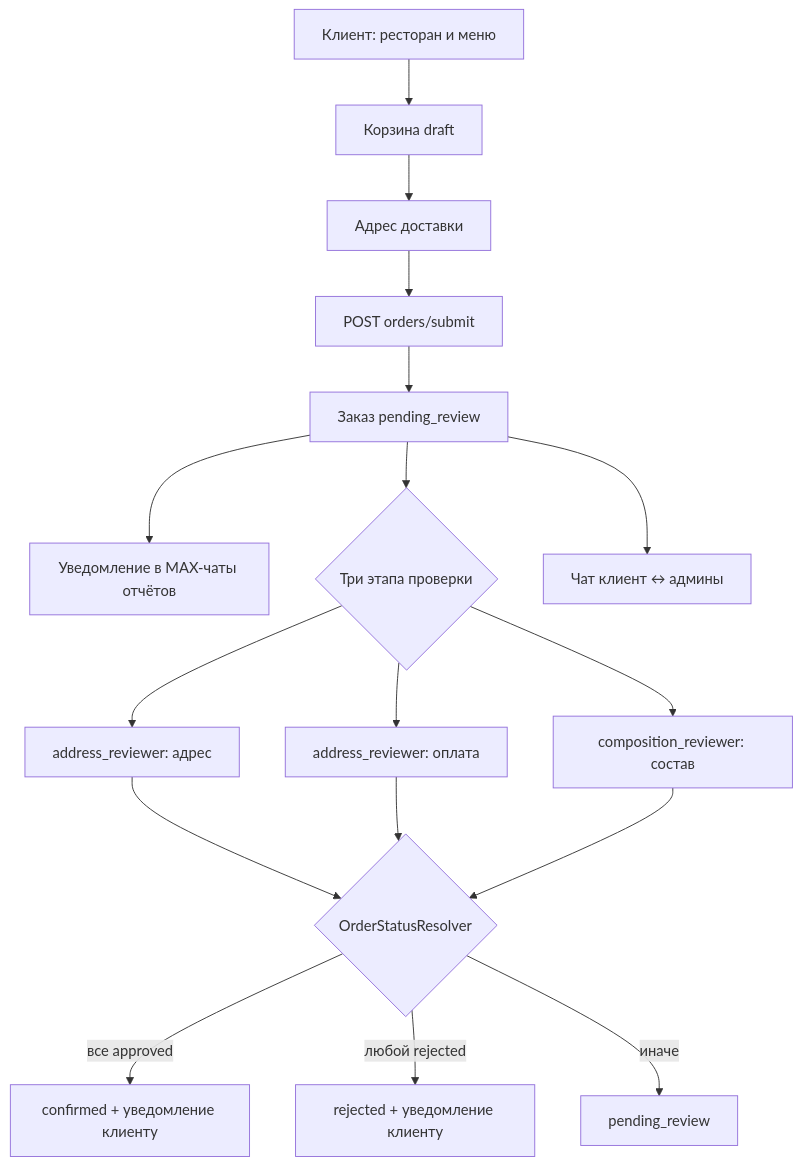
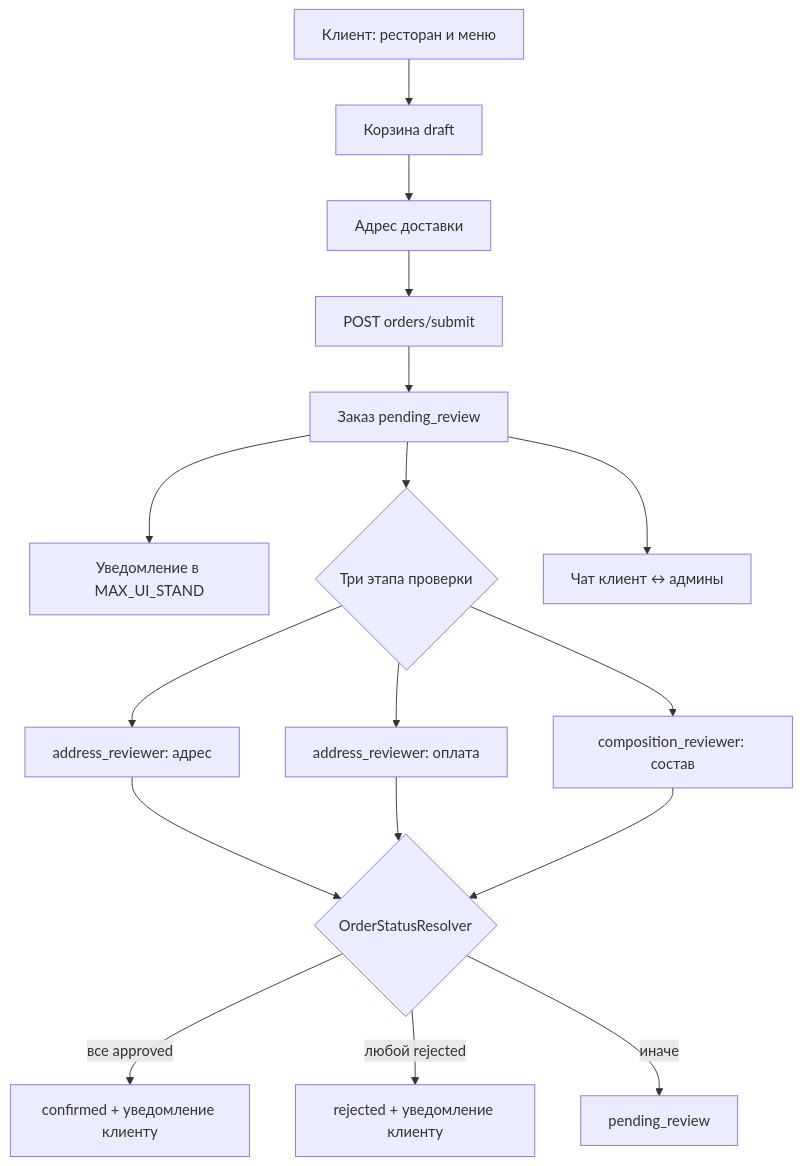
One commit to dvtikhonov/exampleProjectSail changed the first of 2 diagrams in service-c/README.md. Above: the diagram before and after it, drawn with Mermaid. The commit also changed other lines of this file and 9 other files, not shown here.

````diff
--- a/service-c/README.md
+++ b/service-c/README.md
@@ -54,19 +56,19 @@
 ```mermaid
 flowchart TD
     A[Клиент: ресторан и меню] --> B[Корзина draft]
     B --> C[Адрес доставки]
     C --> D[POST orders/submit]
     D --> E[Заказ pending_review]
-    E --> F[Уведомление в MAX-чаты отчётов]
+    E --> F[Уведомление в MAX_UI_STAND]
     E --> G{Три этапа проверки}
     G --> H[address_reviewer: адрес]
     G --> I[address_reviewer: оплата]
     G --> J[composition_reviewer: состав]
     H --> K{OrderStatusResolver}
     I --> K
     J --> K
     K -->|все approved| L[confirmed + уведомление клиенту]
     K -->|любой rejected| M[rejected + уведомление клиенту]
     K -->|иначе| N[pending_review]
     E --> O[Чат клиент ↔ админы]
 ```
````
